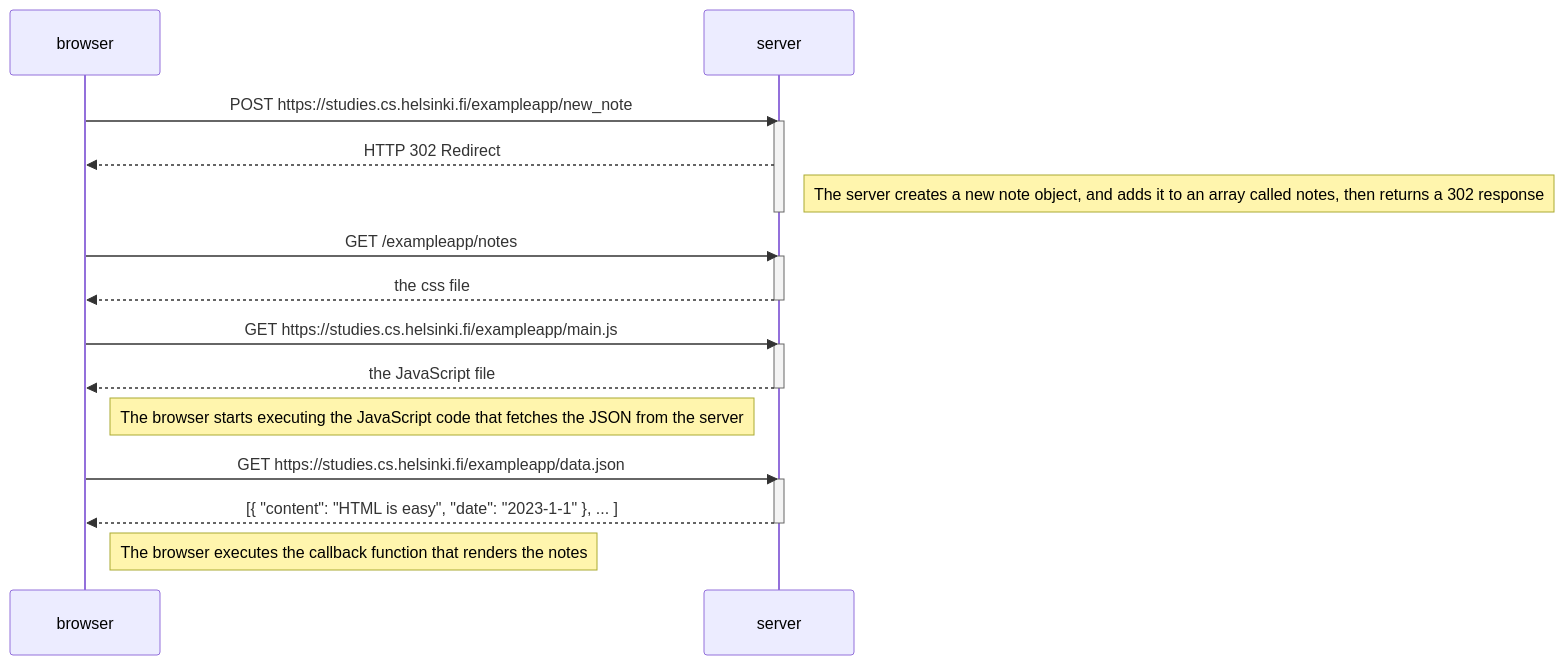
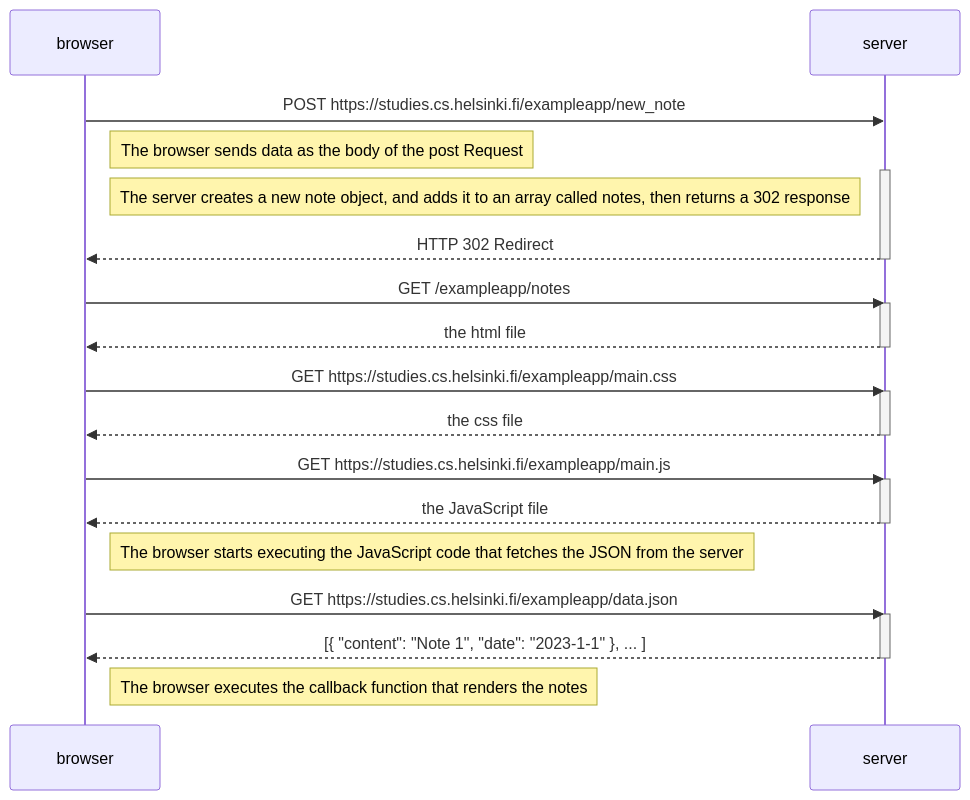
One commit to ReynaldoLuevano/fullstackdevcourse changed the diagram in part0/0.4 New Note Diagram/newNoteDiagram.md. Above: the diagram before and after it, drawn with Mermaid.

Commit message:
full diagram

````diff
--- a/part0/0.4 New Note Diagram/newNoteDiagram.md
+++ b/part0/0.4 New Note Diagram/newNoteDiagram.md
@@ -1,33 +1,36 @@
 ```mermaid
 sequenceDiagram
     participant browser
     participant server
 
     browser->>server: POST https://studies.cs.helsinki.fi/exampleapp/new_note
+        Note right of browser: The browser sends data as the body of the post Request
     activate server
-    
+        Note left of server: The server creates a new note object, and adds it to an array called notes, then returns a 302 response
     server-->>browser: HTTP 302 Redirect
-    
-    Note right of server: The server creates a new note object, and adds it to an array called notes, then returns a 302 response
-
     deactivate server
 
     browser->>server: GET /exampleapp/notes
+    activate server
+    server-->>browser: the html file
+    deactivate server
+    
+    browser->>server: GET https://studies.cs.helsinki.fi/exampleapp/main.css
     activate server
     server-->>browser: the css file
     deactivate server
 
     browser->>server: GET https://studies.cs.helsinki.fi/exampleapp/main.js
     activate server
     server-->>browser: the JavaScript file
     deactivate server
 
     Note right of browser: The browser starts executing the JavaScript code that fetches the JSON from the server
 
     browser->>server: GET https://studies.cs.helsinki.fi/exampleapp/data.json
     activate server
-    server-->>browser: [{ "content": "HTML is easy", "date": "2023-1-1" }, ... ]
+    server-->>browser: [{ "content": "Note 1", "date": "2023-1-1" }, ... ]
     deactivate server
 
     Note right of browser: The browser executes the callback function that renders the notes
 ```
````
